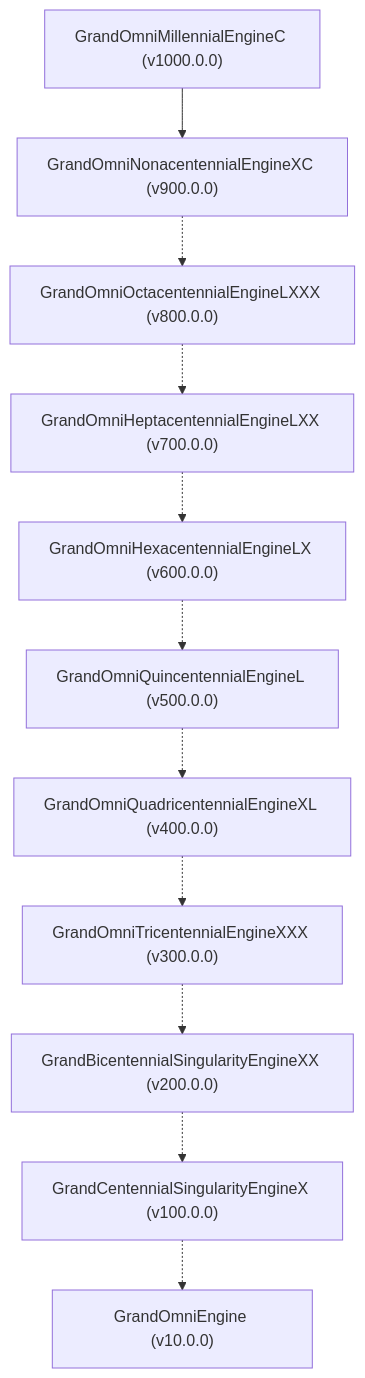
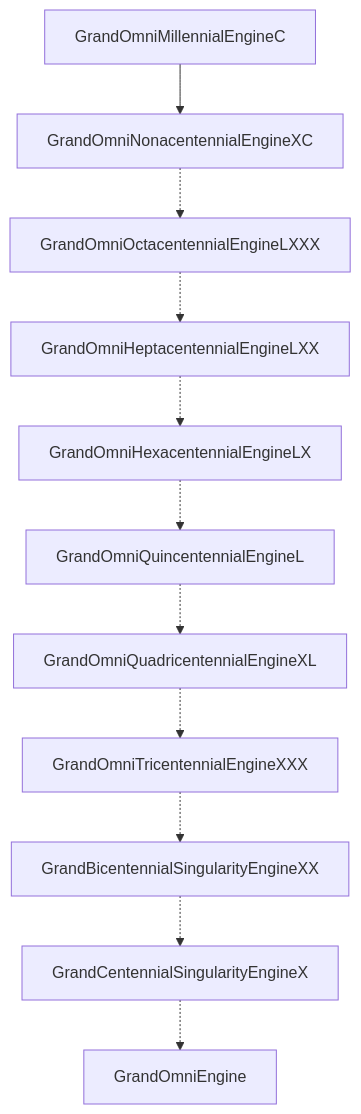
One commit to voidstackloop/oxideon changed the fourth of 7 diagrams in docs/ARCHITECTURE.md. Above: the diagram before and after it, drawn with Mermaid. The commit also changed other lines of this file and 4 other files, not shown here.

````diff
--- a/docs/ARCHITECTURE.md
+++ b/docs/ARCHITECTURE.md
@@ -96,25 +96,25 @@
 ```mermaid
 graph TD
-    L100["GrandOmniMillennialEngineC (v1000.0.0)"]
-    L90["GrandOmniNonacentennialEngineXC (v900.0.0)"]
-    L80["GrandOmniOctacentennialEngineLXXX (v800.0.0)"]
-    L70["GrandOmniHeptacentennialEngineLXX (v700.0.0)"]
-    L60["GrandOmniHexacentennialEngineLX (v600.0.0)"]
-    L50["GrandOmniQuincentennialEngineL (v500.0.0)"]
-    L40["GrandOmniQuadricentennialEngineXL (v400.0.0)"]
-    L30["GrandOmniTricentennialEngineXXX (v300.0.0)"]
-    L20["GrandBicentennialSingularityEngineXX (v200.0.0)"]
-    L10["GrandCentennialSingularityEngineX (v100.0.0)"]
-    L1["GrandOmniEngine (v10.0.0)"]
+    L100["GrandOmniMillennialEngineC"]
+    L90["GrandOmniNonacentennialEngineXC"]
+    L80["GrandOmniOctacentennialEngineLXXX"]
+    L70["GrandOmniHeptacentennialEngineLXX"]
+    L60["GrandOmniHexacentennialEngineLX"]
+    L50["GrandOmniQuincentennialEngineL"]
+    L40["GrandOmniQuadricentennialEngineXL"]
+    L30["GrandOmniTricentennialEngineXXX"]
+    L20["GrandBicentennialSingularityEngineXX"]
+    L10["GrandCentennialSingularityEngineX"]
+    L1["GrandOmniEngine"]
     
     L100 --> L90
     L90 -.-> L80
     L80 -.-> L70
     L70 -.-> L60
     L60 -.-> L50
     L50 -.-> L40
     L40 -.-> L30
     L30 -.-> L20
     L20 -.-> L10
     L10 -.-> L1
 ```
````
